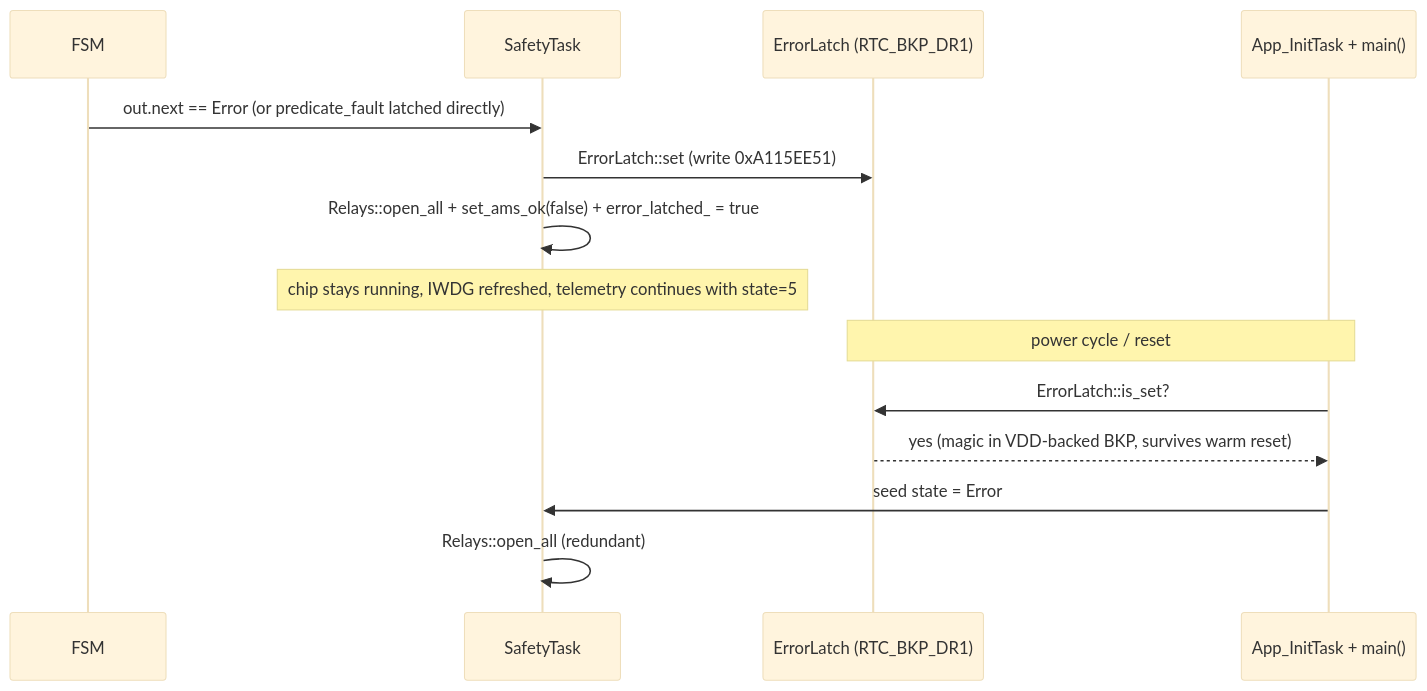
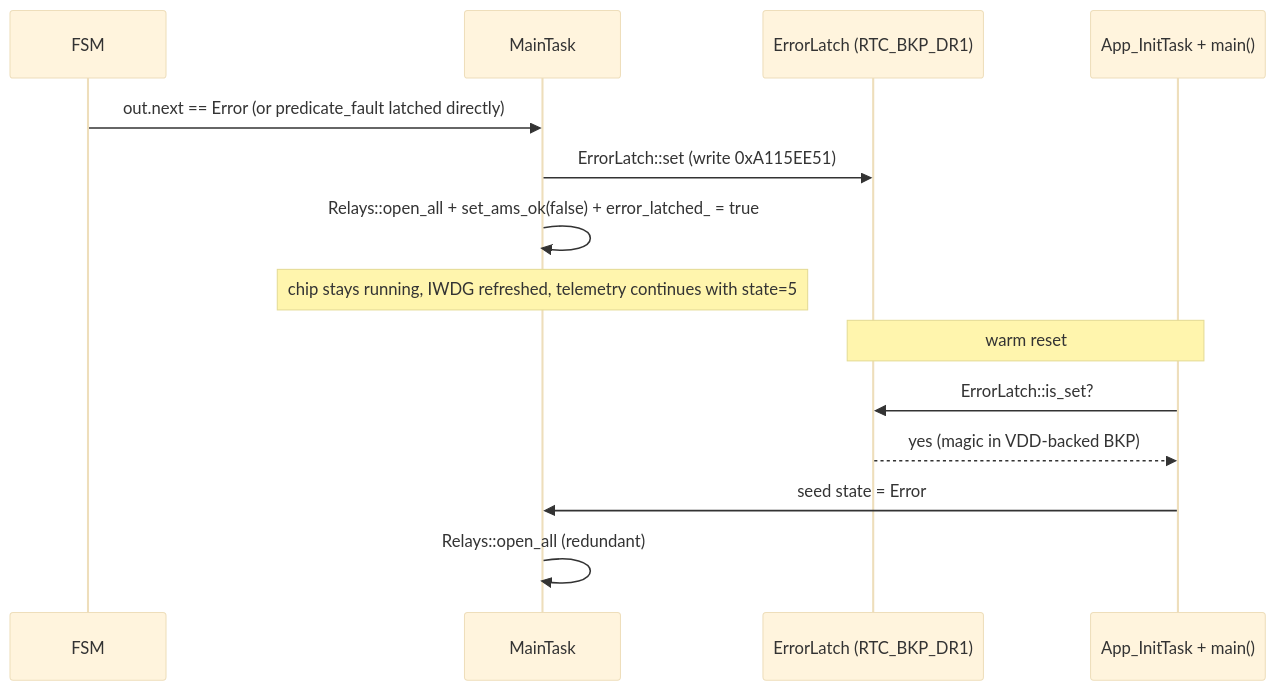
The third of 3 diagrams in docs/FSM_OVERVIEW.md (isc-fs/IFS08-CE-AMS), drawn with Mermaid (base theme) before and after one commit. The commit also changed other lines of this file and 13 other files, not shown here.

````diff
--- a/docs/FSM_OVERVIEW.md
+++ b/docs/FSM_OVERVIEW.md
@@ -579,19 +768,19 @@
 ```mermaid
 sequenceDiagram
   participant FSM
-  participant ST as SafetyTask
+  participant MT as MainTask
   participant EL as ErrorLatch (RTC_BKP_DR1)
   participant Boot as App_InitTask + main()
 
-  FSM->>ST: out.next == Error (or predicate_fault latched directly)
-  ST->>EL: ErrorLatch::set (write 0xA115EE51)
-  ST->>ST: Relays::open_all + set_ams_ok(false) + error_latched_ = true
-  Note over ST: chip stays running, IWDG refreshed, telemetry continues with state=5
+  FSM->>MT: out.next == Error (or predicate_fault latched directly)
+  MT->>EL: ErrorLatch::set (write 0xA115EE51)
+  MT->>MT: Relays::open_all + set_ams_ok(false) + error_latched_ = true
+  Note over MT: chip stays running, IWDG refreshed, telemetry continues with state=5
 
-  Note over Boot,EL: power cycle / reset
+  Note over Boot,EL: warm reset
 
   Boot->>EL: ErrorLatch::is_set?
-  EL-->>Boot: yes (magic in VDD-backed BKP, survives warm reset)
-  Boot->>ST: seed state = Error
-  ST->>ST: Relays::open_all (redundant)
+  EL-->>Boot: yes (magic in VDD-backed BKP)
+  Boot->>MT: seed state = Error
+  MT->>MT: Relays::open_all (redundant)
 ```
````
